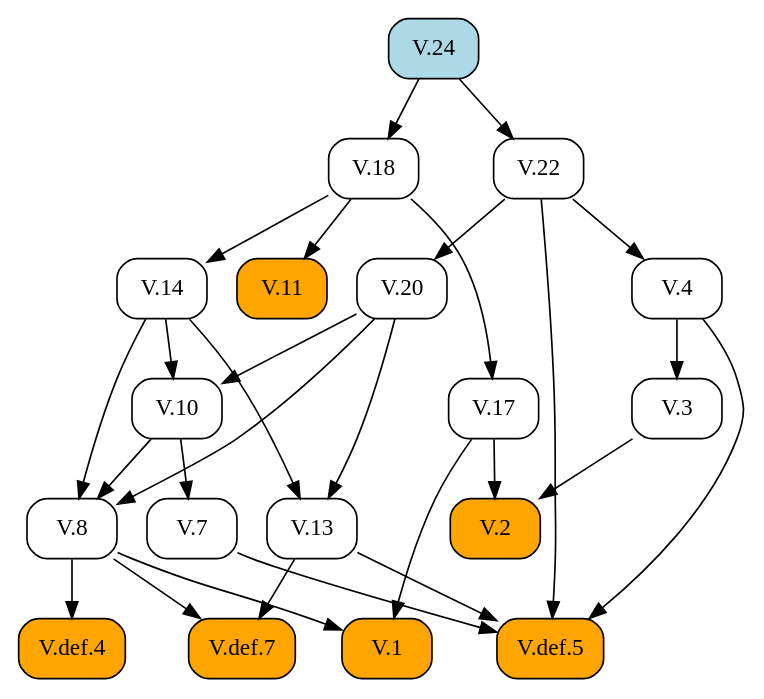
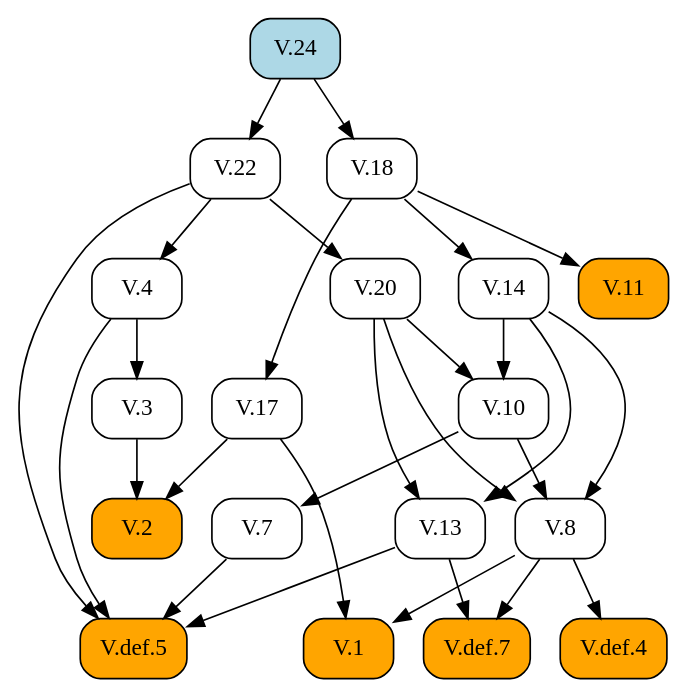
One commit to geometor/elements changed the diagram in docsrc/elements2/V/24/index.rst. Above: the diagram before and after it, drawn with Graphviz. The commit also changed other lines of this file and 409 other files, not shown here.

First line of the commit message:
feat: Add image cropping and graphic extraction script

```diff
--- a/docsrc/elements2/V/24/index.rst
+++ b/docsrc/elements2/V/24/index.rst
@@ -46,51 +46,51 @@
 .. graphviz::
 
    digraph {
      rankdir="TB";
      node [shape=box, style=rounded];
-     "V.20" [URL="/elements2/V/20/", target="_top"];
+     "V.4" [URL="/elements2/V/4/", target="_top"];
      "V.14" [URL="/elements2/V/14/", target="_top"];
      "V.3" [URL="/elements2/V/3/", target="_top"];
+     "V.20" [URL="/elements2/V/20/", target="_top"];
      "V.10" [URL="/elements2/V/10/", target="_top"];
+     "V.8" [URL="/elements2/V/8/", target="_top"];
+     "V.def.7" [style="rounded,filled", fillcolor=orange, URL="/elements2/V/def.7/", target="_top"];
+     "V.11" [style="rounded,filled", fillcolor=orange, URL="/elements2/V/11/", target="_top"];
      "V.18" [URL="/elements2/V/18/", target="_top"];
      "V.def.5" [style="rounded,filled", fillcolor=orange, URL="/elements2/V/def.5/", target="_top"];
+     "V.17" [URL="/elements2/V/17/", target="_top"];
+     "V.13" [URL="/elements2/V/13/", target="_top"];
      "V.def.4" [style="rounded,filled", fillcolor=orange, URL="/elements2/V/def.4/", target="_top"];
+     "V.1" [style="rounded,filled", fillcolor=orange, URL="/elements2/V/1/", target="_top"];
+     "V.7" [URL="/elements2/V/7/", target="_top"];
+     "V.24" [style="rounded,filled", fillcolor=lightblue, URL="/elements2/V/24/", target="_top"];
      "V.2" [style="rounded,filled", fillcolor=orange, URL="/elements2/V/2/", target="_top"];
-     "V.7" [URL="/elements2/V/7/", target="_top"];
-     "V.1" [style="rounded,filled", fillcolor=orange, URL="/elements2/V/1/", target="_top"];
-     "V.13" [URL="/elements2/V/13/", target="_top"];
-     "V.11" [style="rounded,filled", fillcolor=orange, URL="/elements2/V/11/", target="_top"];
      "V.22" [URL="/elements2/V/22/", target="_top"];
-     "V.24" [style="rounded,filled", fillcolor=lightblue, URL="/elements2/V/24/", target="_top"];
-     "V.8" [URL="/elements2/V/8/", target="_top"];
-     "V.def.7" [style="rounded,filled", fillcolor=orange, URL="/elements2/V/def.7/", target="_top"];
-     "V.4" [URL="/elements2/V/4/", target="_top"];
-     "V.17" [URL="/elements2/V/17/", target="_top"];
-     "V.22" -> "V.20";
+     "V.22" -> "V.4";
      "V.18" -> "V.14";
      "V.4" -> "V.3";
+     "V.22" -> "V.20";
      "V.14" -> "V.10";
      "V.20" -> "V.10";
+     "V.10" -> "V.8";
+     "V.14" -> "V.8";
+     "V.20" -> "V.8";
+     "V.8" -> "V.def.7";
+     "V.13" -> "V.def.7";
+     "V.18" -> "V.11";
      "V.24" -> "V.18";
      "V.4" -> "V.def.5";
      "V.7" -> "V.def.5";
      "V.13" -> "V.def.5";
      "V.22" -> "V.def.5";
+     "V.18" -> "V.17";
+     "V.14" -> "V.13";
+     "V.20" -> "V.13";
      "V.8" -> "V.def.4";
+     "V.8" -> "V.1";
+     "V.17" -> "V.1";
+     "V.10" -> "V.7";
      "V.3" -> "V.2";
      "V.17" -> "V.2";
-     "V.10" -> "V.7";
-     "V.8" -> "V.1";
-     "V.17" -> "V.1";
-     "V.14" -> "V.13";
-     "V.20" -> "V.13";
-     "V.18" -> "V.11";
      "V.24" -> "V.22";
-     "V.10" -> "V.8";
-     "V.14" -> "V.8";
-     "V.20" -> "V.8";
-     "V.8" -> "V.def.7";
-     "V.13" -> "V.def.7";
-     "V.22" -> "V.4";
-     "V.18" -> "V.17";
    }
```
